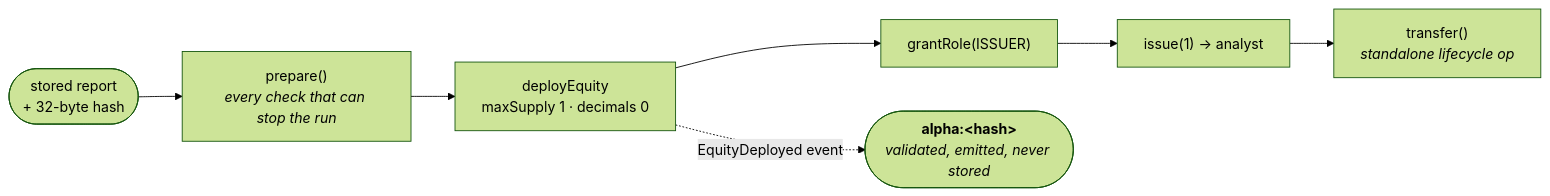
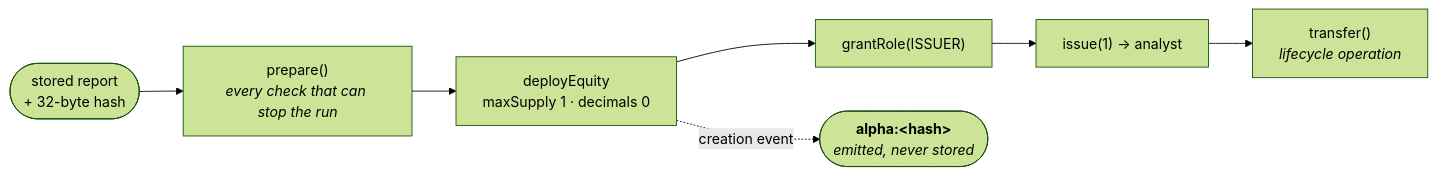
One commit to DhruPtel/ETHonline-2026-Alpha-Markets changed the diagram in src/tokenize/README.md. Above: the diagram before and after it, drawn with Mermaid (forest theme). The commit also changed other lines of this file and 22 other files, not shown here.

Commit message:
docs: README, architecture and directory documentation

````diff
--- a/src/tokenize/README.md
+++ b/src/tokenize/README.md
@@ -11,9 +8,9 @@
 ```mermaid
 flowchart LR
   R(["stored report<br/>+ 32-byte hash"]) --> P["prepare()<br/><i>every check that can stop the run</i>"]
   P --> D["deployEquity<br/>maxSupply 1 · decimals 0"]
   D --> G["grantRole(ISSUER)"]
   G --> I["issue(1) → analyst"]
-  D -.->|"EquityDeployed event"| E(["<b>alpha:&lt;hash&gt;</b><br/><i>validated, emitted, never stored</i>"])
-  I --> T["transfer()<br/><i>standalone lifecycle op</i>"]
+  D -.->|"creation event"| E(["<b>alpha:&lt;hash&gt;</b><br/><i>emitted, never stored</i>"])
+  I --> T["transfer()<br/><i>lifecycle operation</i>"]
 ```
````
